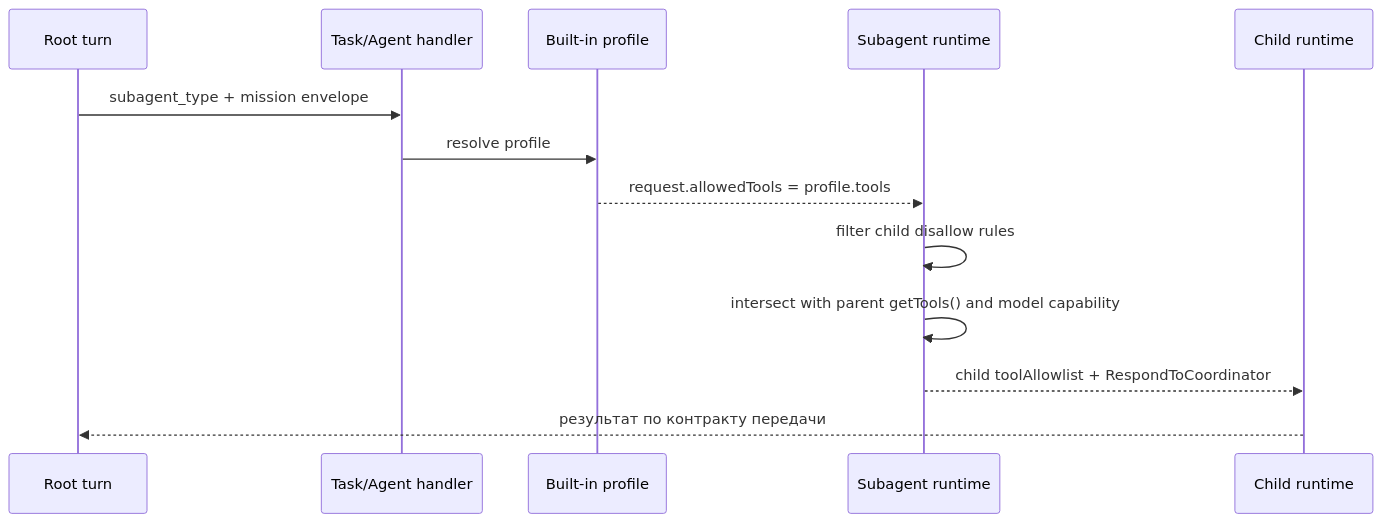
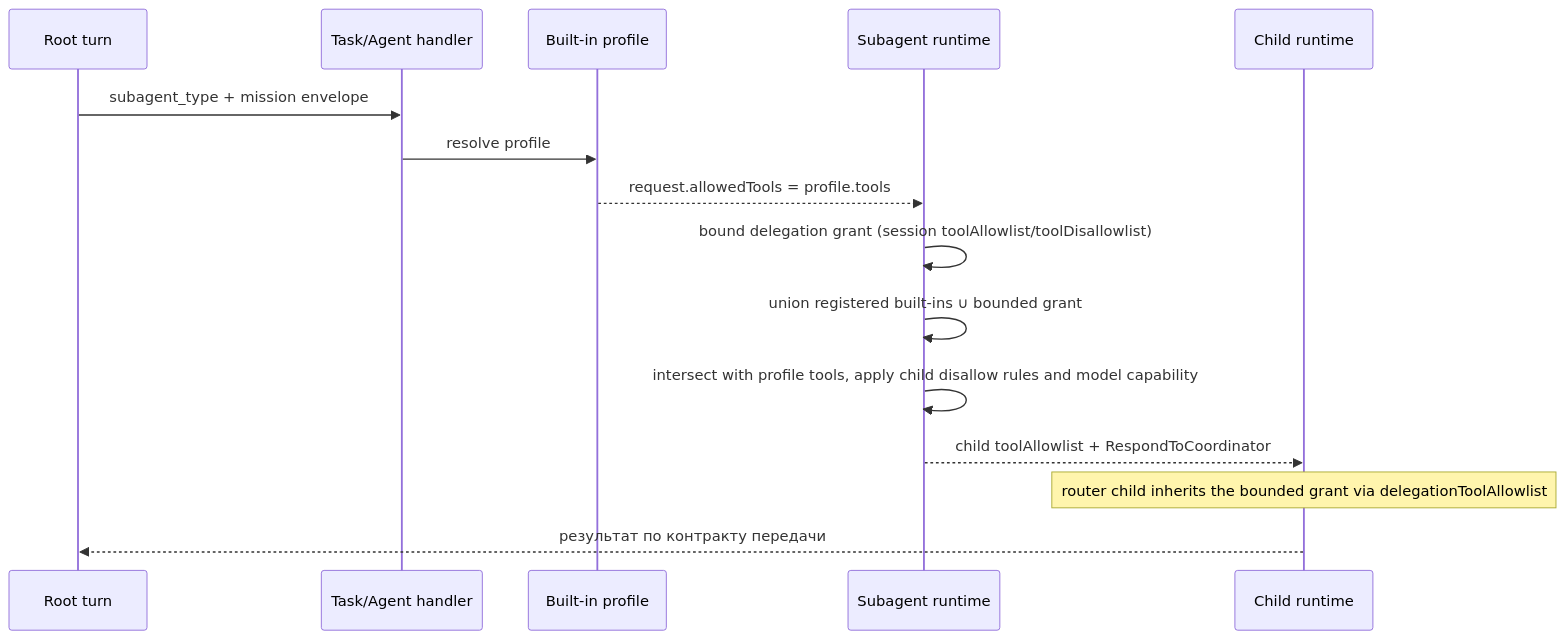
Before and after one commit to m1krot1k1/Zcode: the diagram in docs/specs/agent-capability-gate.md, drawn with Mermaid. The commit also changed other lines of this file and 12 other files, not shown here.

````diff
--- a/docs/specs/agent-capability-gate.md
+++ b/docs/specs/agent-capability-gate.md
@@ -54,15 +68,17 @@
 ```mermaid
 sequenceDiagram
   participant R as Root turn
   participant H as Task/Agent handler
   participant P as Built-in profile
   participant S as Subagent runtime
   participant C as Child runtime
   R->>H: subagent_type + mission envelope
   H->>P: resolve profile
   P-->>S: request.allowedTools = profile.tools
-  S->>S: filter child disallow rules
-  S->>S: intersect with parent getTools() and model capability
+  S->>S: bound delegation grant (session toolAllowlist/toolDisallowlist)
+  S->>S: union registered built-ins ∪ bounded grant
+  S->>S: intersect with profile tools, apply child disallow rules and model capability
   S-->>C: child toolAllowlist + RespondToCoordinator
+  Note over C: router child inherits the bounded grant via delegationToolAllowlist
   C-->>R: результат по контракту передачи
 ```
````
